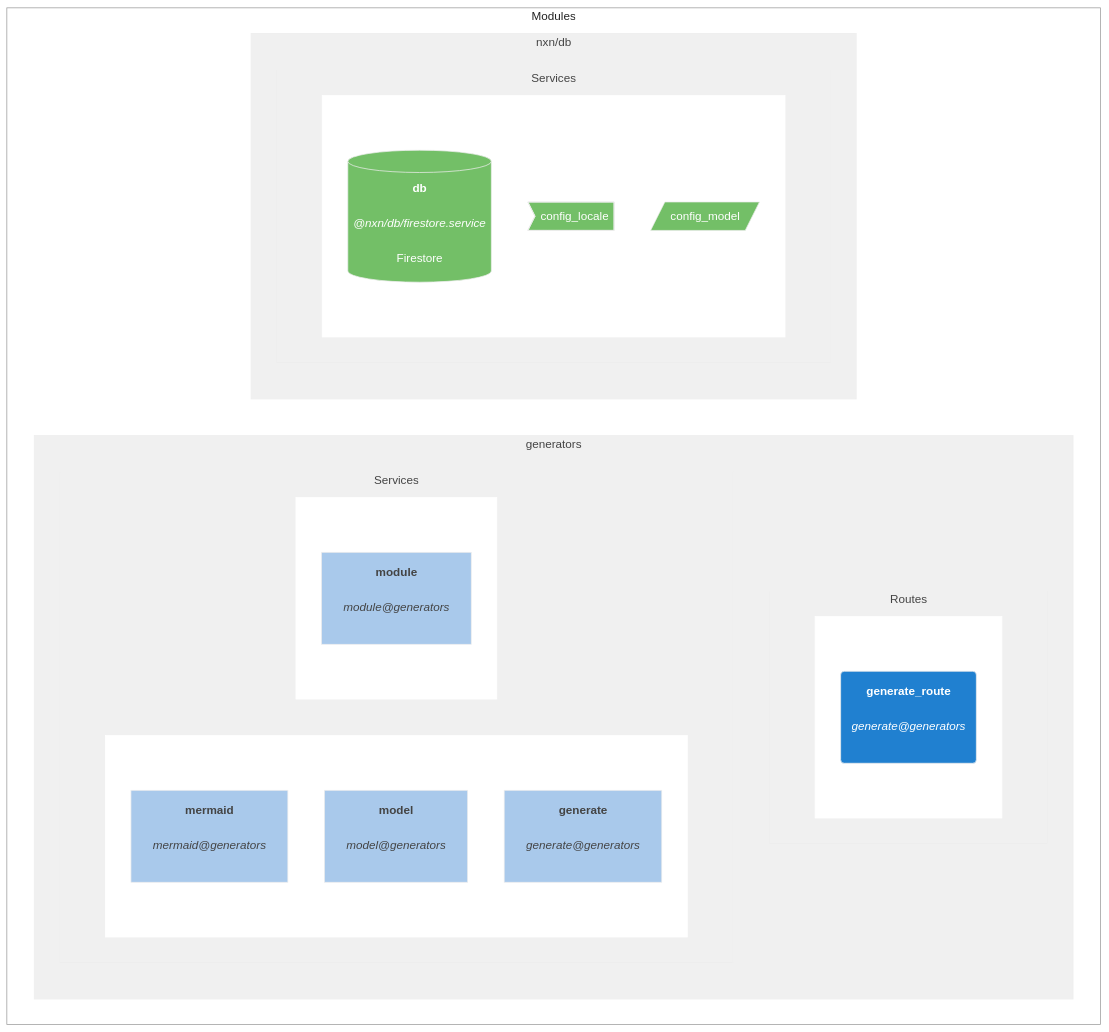
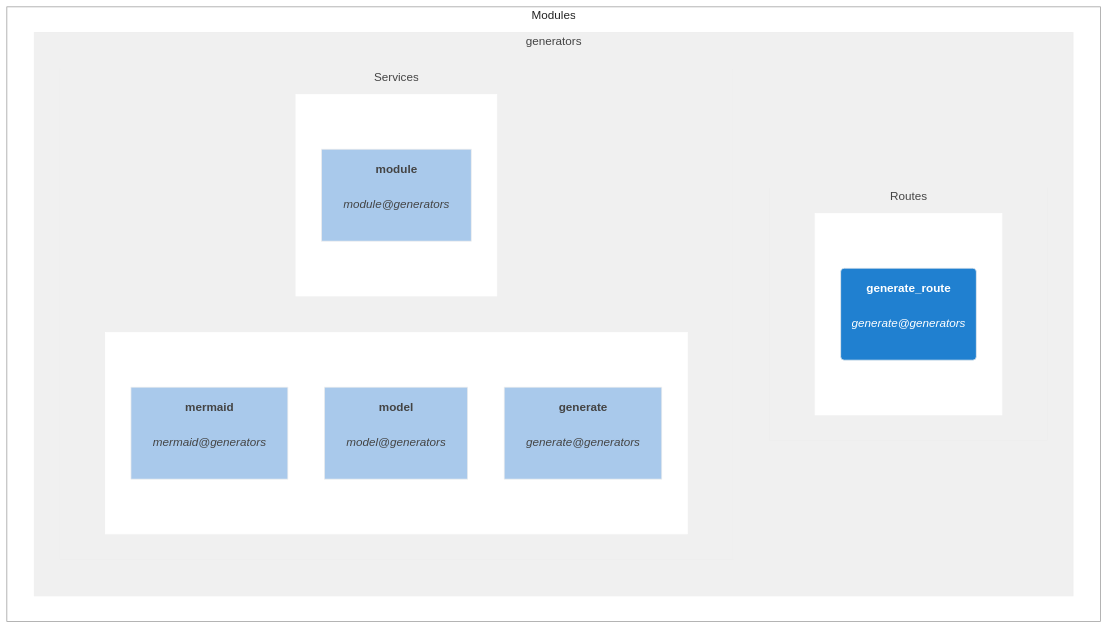
Before and after one commit to franck-yvetot/nxn-cli: the diagram in client_data/default/config_default.modules.README.mmd, drawn with Mermaid (neutral theme). The commit also changed 3 other files, not shown here.

Commit message:
local mermaid doc for module

```diff
--- a/client_data/default/config_default.modules.README.mmd
+++ b/client_data/default/config_default.modules.README.mmd
@@ -1,82 +1,57 @@
 graph TB;
 
 subgraph Modules
     direction LR;
     classDef nodeCls fill:#9C57BF,stroke:#eee,color:#fff
     classDef routeCls fill:#2080D0,stroke:#eee,color:#fff
     classDef nodCls fill:#9C57BF,stroke:#eee,color:#fff
     classDef serviceCls fill:#A9C9EB,stroke:#eee,color:#444
     classDef dataCls fill:#73BF67,stroke:#eee,color:#fff
     classDef localeCls fill:#73BF67,stroke:#eee,color:#fff
 
 subgraph generators
 direction TB;
 
 subgraph generators:routes["Routes"]
 direction LR;
 
 subgraph generators_routes1
 direction TB;
     generate_route_doc("<b>generate_route</b><br><br><i>generate@generators</i><br><br>"):::routeCls
 
 end
 style generators_routes1 fill:#fff,stroke:#fff,color:#fff
 
 end
 style generators:routes fill:#f0f0f0,stroke:#eee,color:#444
 
 
 subgraph generators:services["Services"]
 direction LR;
 
 subgraph generators_services1
 direction TB;
     mermaid_doc["<b>mermaid</b><br><br><i>mermaid@generators</i><br><br>"]:::serviceCls
 
     model_doc["<b>model</b><br><br><i>model@generators</i><br><br>"]:::serviceCls
 
     generate_doc["<b>generate</b><br><br><i>generate@generators</i><br><br>"]:::serviceCls
 
 end
 style generators_services1 fill:#fff,stroke:#fff,color:#fff
 
 
 subgraph generators_services2
 direction TB;
     module_doc["<b>module</b><br><br><i>module@generators</i><br><br>"]:::serviceCls
 
 end
 style generators_services2 fill:#fff,stroke:#fff,color:#fff
 
 end
 style generators:services fill:#f0f0f0,stroke:#eee,color:#444
 
 end
 style generators fill:#f0f0f0,stroke:#eee,color:#444
-
-
-
-subgraph nxn/db
-direction TB;
-
-subgraph nxn/db:services["Services"]
-direction LR;
-
-subgraph nxn/db_services1
-direction TB;
-    db_doc[("<b>db</b><br><br><i>@nxn/db/firestore.service</i><br><br>Firestore")]:::dataCls
-
-    config_locale_doc>"config_locale"]:::localeCls
-
-    config_model_doc[/"config_model"/]:::dataCls
-
-end
-style nxn/db_services1 fill:#fff,stroke:#fff,color:#fff
-
-end
-style nxn/db:services fill:#f0f0f0,stroke:#eee,color:#444
-
-end
-style nxn/db fill:#f0f0f0,stroke:#eee,color:#444
 end
 style Modules fill:#fff,stroke:#999,color:#222
```
